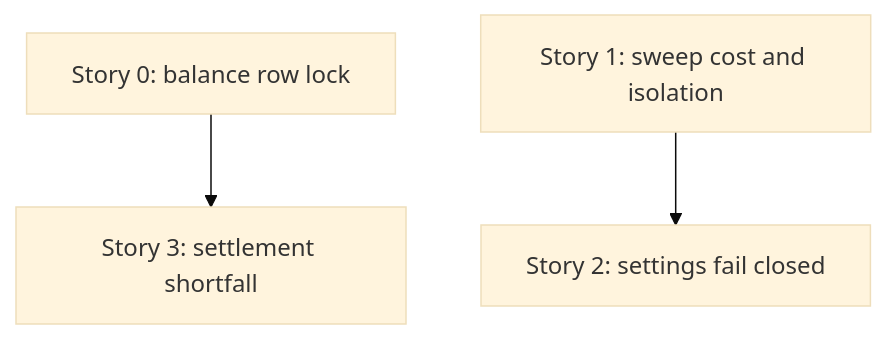
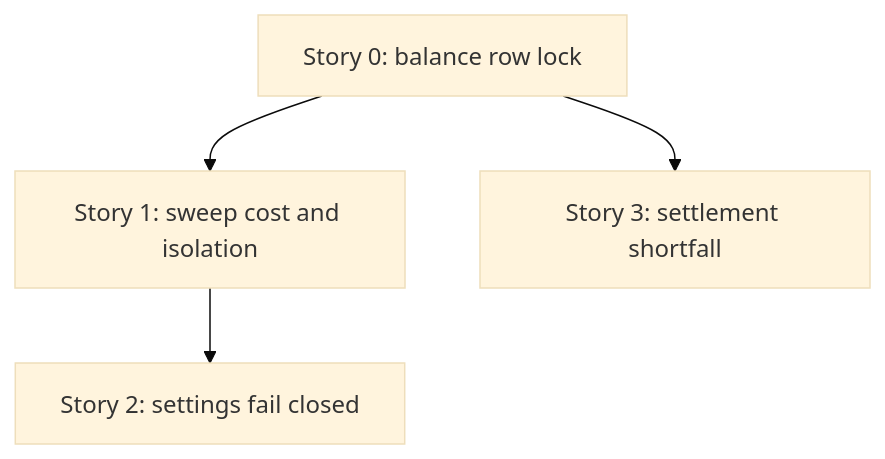
One commit to lmmoreira/ikaro changed the diagram in td/TD60-LOYALTY-BALANCE-SWEEP-AND-SETTINGS-HARDENING.md. Above: the diagram before and after it, drawn with Mermaid (base theme). The commit also changed other lines of this file, not shown here.

Commit message:
docs(td): TD60 story 0/1 discovery decisions (row lock API, post-lock re-checks)

````diff
--- a/td/TD60-LOYALTY-BALANCE-SWEEP-AND-SETTINGS-HARDENING.md
+++ b/td/TD60-LOYALTY-BALANCE-SWEEP-AND-SETTINGS-HARDENING.md
@@ -44,5 +44,6 @@
 ```mermaid
 graph TD
-  S0[Story 0: balance row lock] --> S3[Story 3: settlement shortfall]
-  S1[Story 1: sweep cost and isolation] --> S2[Story 2: settings fail closed]
+  S0[Story 0: balance row lock] --> S1[Story 1: sweep cost and isolation]
+  S0 --> S3[Story 3: settlement shortfall]
+  S1 --> S2[Story 2: settings fail closed]
 ```
````
